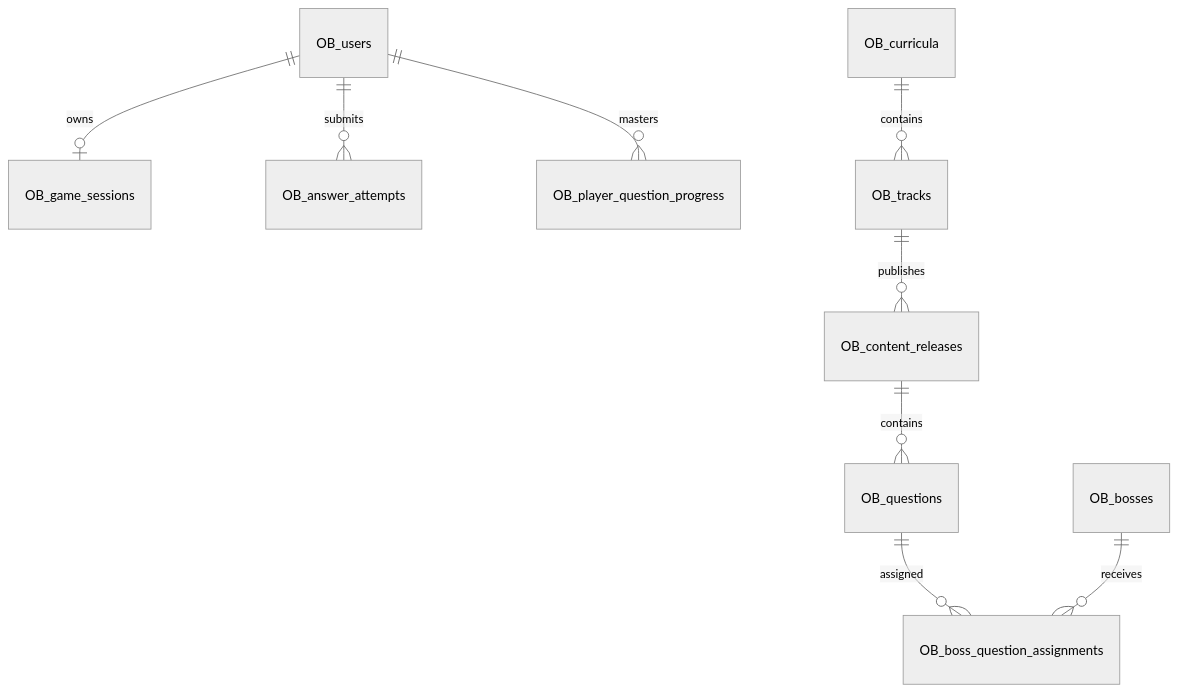
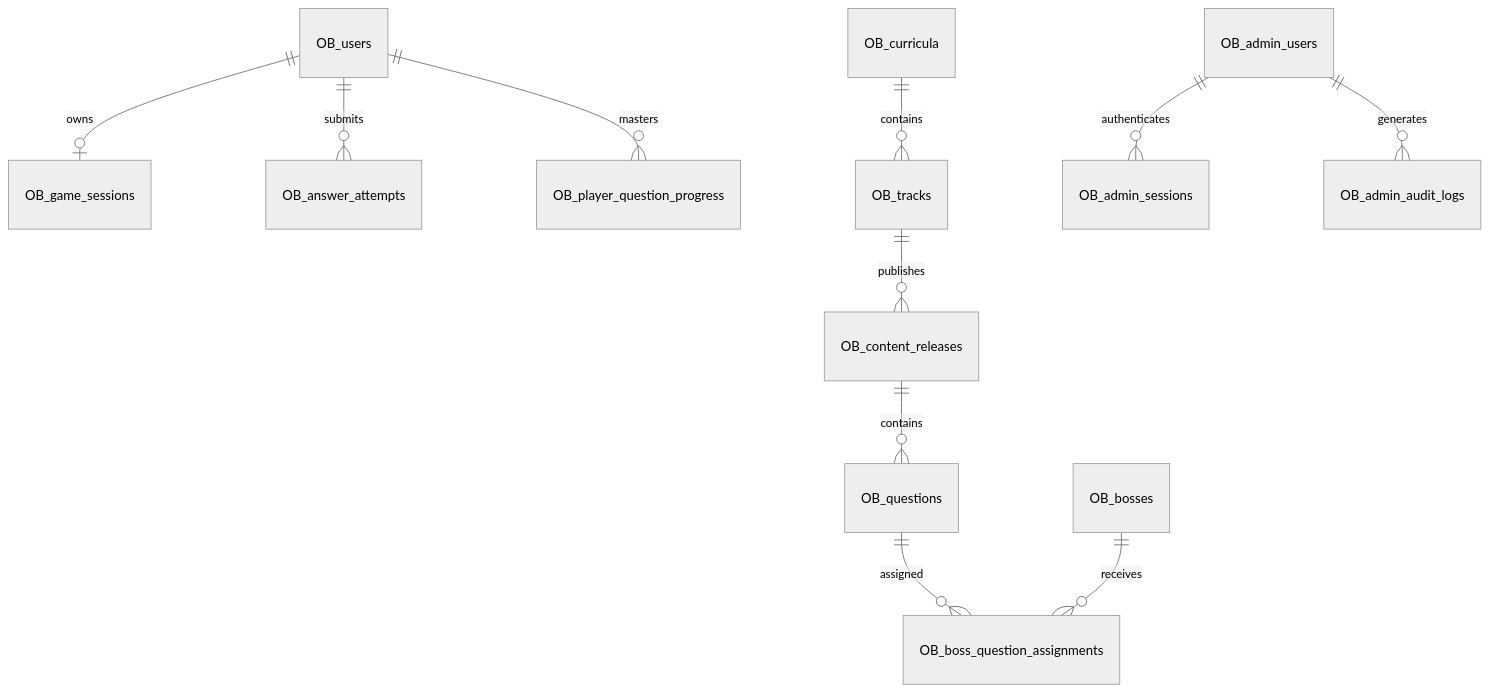
Before and after one commit to DKxi/OrganicBattlesProductionUpgrade: the second of 4 diagrams in temp/OrganicBattles_Cookbook_Updated.md, drawn with Mermaid (neutral theme). The commit also changed other lines of this file and 3 other files, not shown here.

Commit message:
docs(temp): mark action items as FIXED or TODO and update diagrams to latest architecture

````diff
--- a/temp/OrganicBattles_Cookbook_Updated.md
+++ b/temp/OrganicBattles_Cookbook_Updated.md
@@ -596,11 +596,13 @@
 ```mermaid
 erDiagram
     OB_users ||--o| OB_game_sessions : owns
     OB_users ||--o{ OB_answer_attempts : submits
     OB_curricula ||--o{ OB_tracks : contains
     OB_tracks ||--o{ OB_content_releases : publishes
     OB_content_releases ||--o{ OB_questions : contains
     OB_bosses ||--o{ OB_boss_question_assignments : receives
     OB_questions ||--o{ OB_boss_question_assignments : assigned
     OB_users ||--o{ OB_player_question_progress : masters
+    OB_admin_users ||--o{ OB_admin_sessions : authenticates
+    OB_admin_users ||--o{ OB_admin_audit_logs : generates
 ```
````
